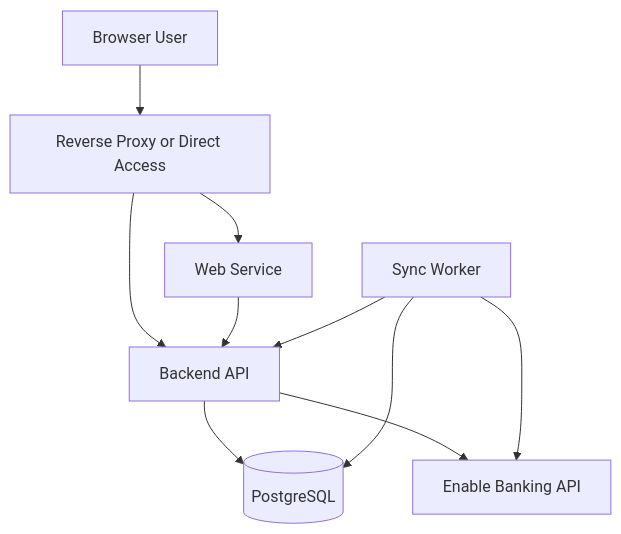
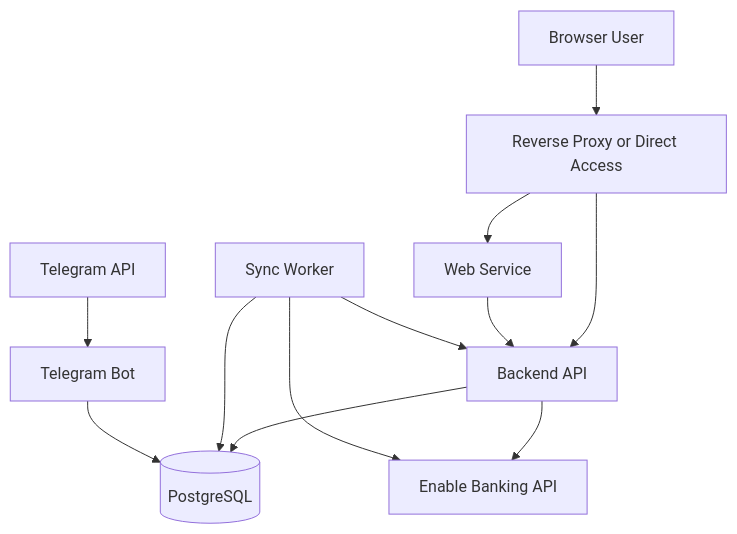
Before and after one commit to DrXoo/burnrate: the diagram in docs/technical/deployment.md, drawn with Mermaid. The commit also changed other lines of this file and 38 other files, not shown here.

First line of the commit message:
Rule deletion, dashboard budget clarity, modal fixes, and Telegram bot

````diff
--- a/docs/technical/deployment.md
+++ b/docs/technical/deployment.md
@@ -158,12 +160,14 @@
 ```mermaid
 flowchart TD
     User[Browser User] --> Proxy[Reverse Proxy or Direct Access]
     Proxy --> Web[Web Service]
     Proxy --> Backend[Backend API]
     Web --> Backend
     Backend --> Postgres[(PostgreSQL)]
     Worker[Sync Worker] --> Backend
     Worker --> Postgres
     Backend --> EnableBanking[Enable Banking API]
     Worker --> EnableBanking
+    TelegramBot[Telegram Bot] --> Postgres
+    Telegram[Telegram API] --> TelegramBot
 ```
````
